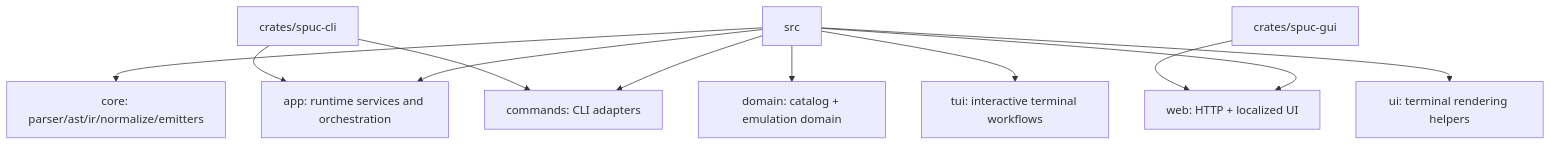
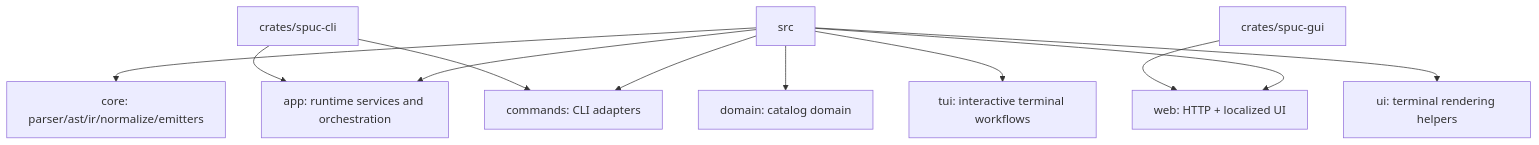
Before and after one commit to febrezo/spuc: the third of 3 diagrams in README.md, drawn with Mermaid. The commit also changed other lines of this file and 80 other files, not shown here.

````diff
--- a/README.md
+++ b/README.md
@@ -294,15 +281,15 @@
 ```mermaid
 flowchart TB
   R[src]
   R --> C1[core: parser/ast/ir/normalize/emitters]
-  R --> C2[domain: catalog + emulation domain]
+  R --> C2[domain: catalog domain]
   R --> C3[app: runtime services and orchestration]
   R --> C4[commands: CLI adapters]
   R --> C5[web: HTTP + localized UI]
   R --> C6[tui: interactive terminal workflows]
   R --> C7[ui: terminal rendering helpers]
 
   W[crates/spuc-cli] --> C4
   W --> C3
   G[crates/spuc-gui] --> C5
 ```
````
